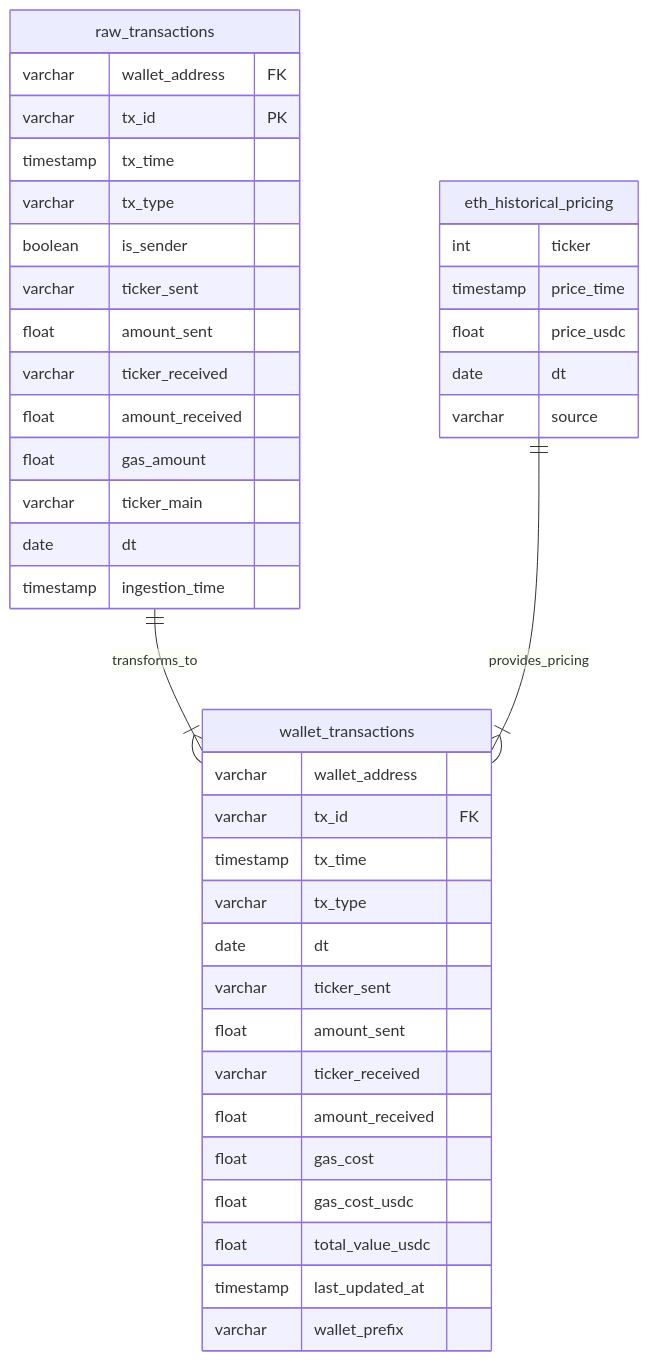
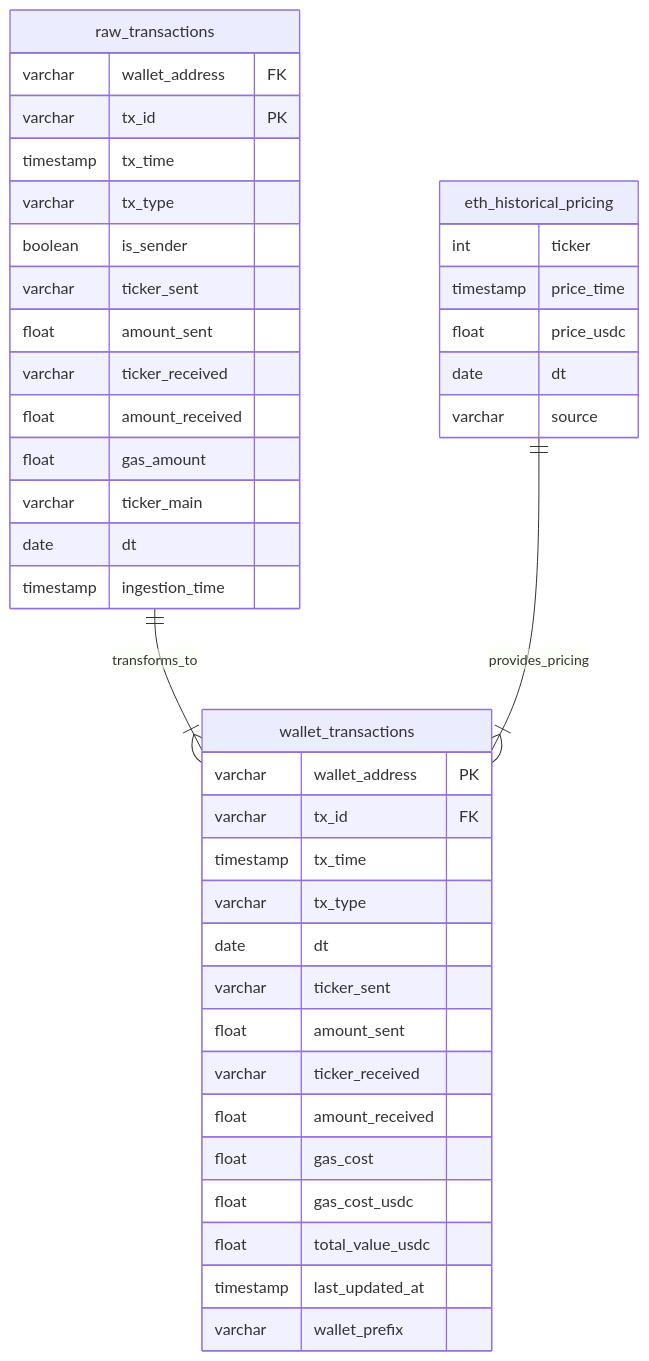
One commit to tripodoreo/ae_capstone_project changed the first of 2 diagrams in README.md. Above: the diagram before and after it, drawn with Mermaid. The commit also changed other lines of this file, not shown here.

````diff
--- a/README.md
+++ b/README.md
@@ -74,48 +74,48 @@
 ```mermaid
 erDiagram
    eth_historical_pricing {
        int ticker
        timestamp price_time
        float price_usdc
        date dt
        varchar source
    }
    raw_transactions {
        varchar wallet_address "FK"
        varchar tx_id "PK"
        timestamp tx_time
        varchar tx_type
        boolean is_sender
        varchar ticker_sent
        float amount_sent 
        varchar ticker_received
        float amount_received
        float gas_amount
        varchar ticker_main
        date dt
        timestamp ingestion_time
    }
    wallet_transactions {
-       varchar wallet_address
+       varchar wallet_address "PK"
        varchar tx_id "FK"
        timestamp tx_time
        varchar tx_type
        date dt
        varchar ticker_sent
        float amount_sent
        varchar ticker_received
        float amount_received
        float gas_cost
        float gas_cost_usdc
        float total_value_usdc
        timestamp last_updated_at
        varchar wallet_prefix
    }
 
    raw_transactions ||--|{ wallet_transactions : "transforms_to"
    eth_historical_pricing ||--|{ wallet_transactions : "provides_pricing"
 
 %% eth_historical_pricing: partitioned by [dt]
 %% raw_transactions: partitioned by [dt, ticker_main] 
 %% wallet_transactions: partitioned by [dt, wallet_prefix]
 ```
````
